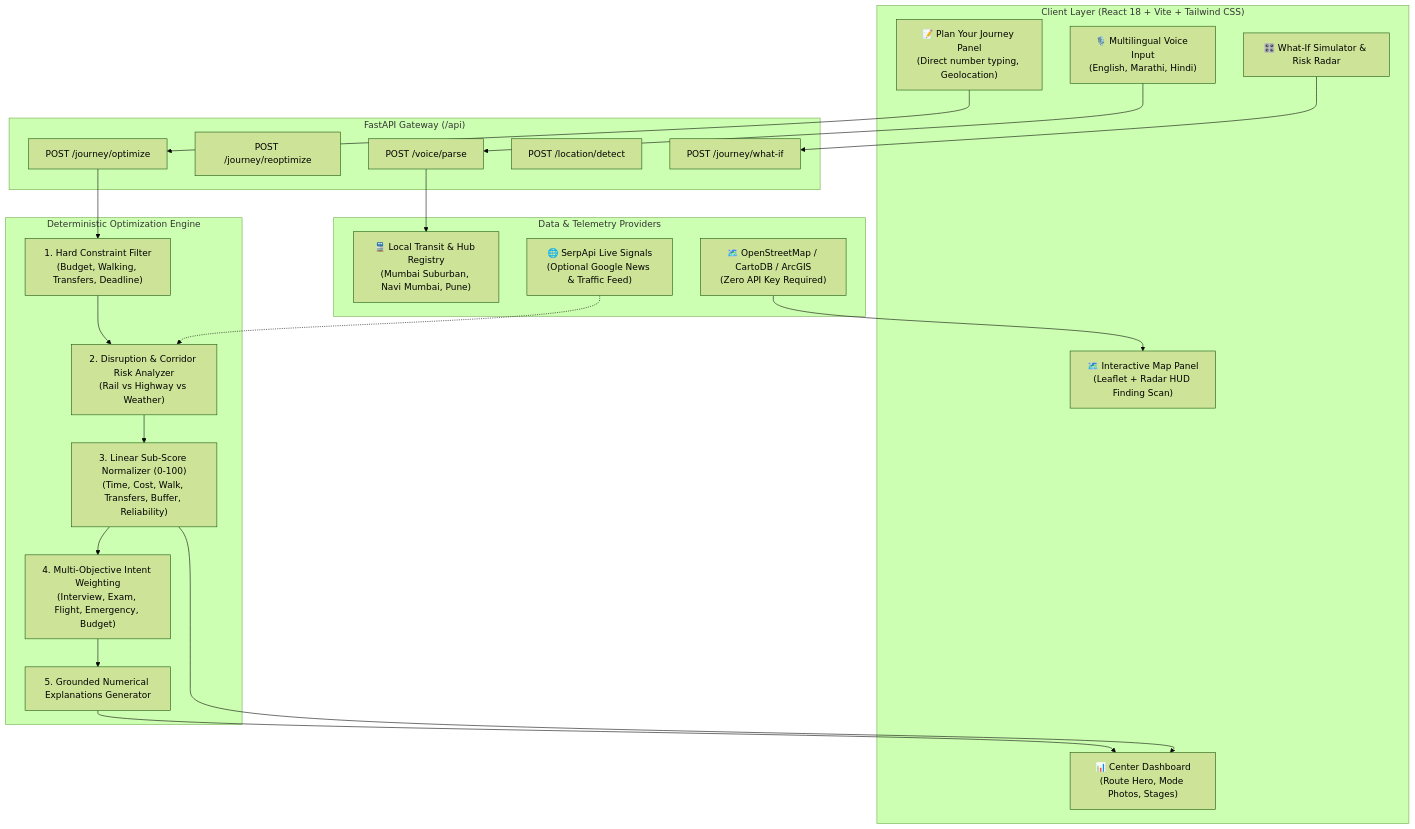
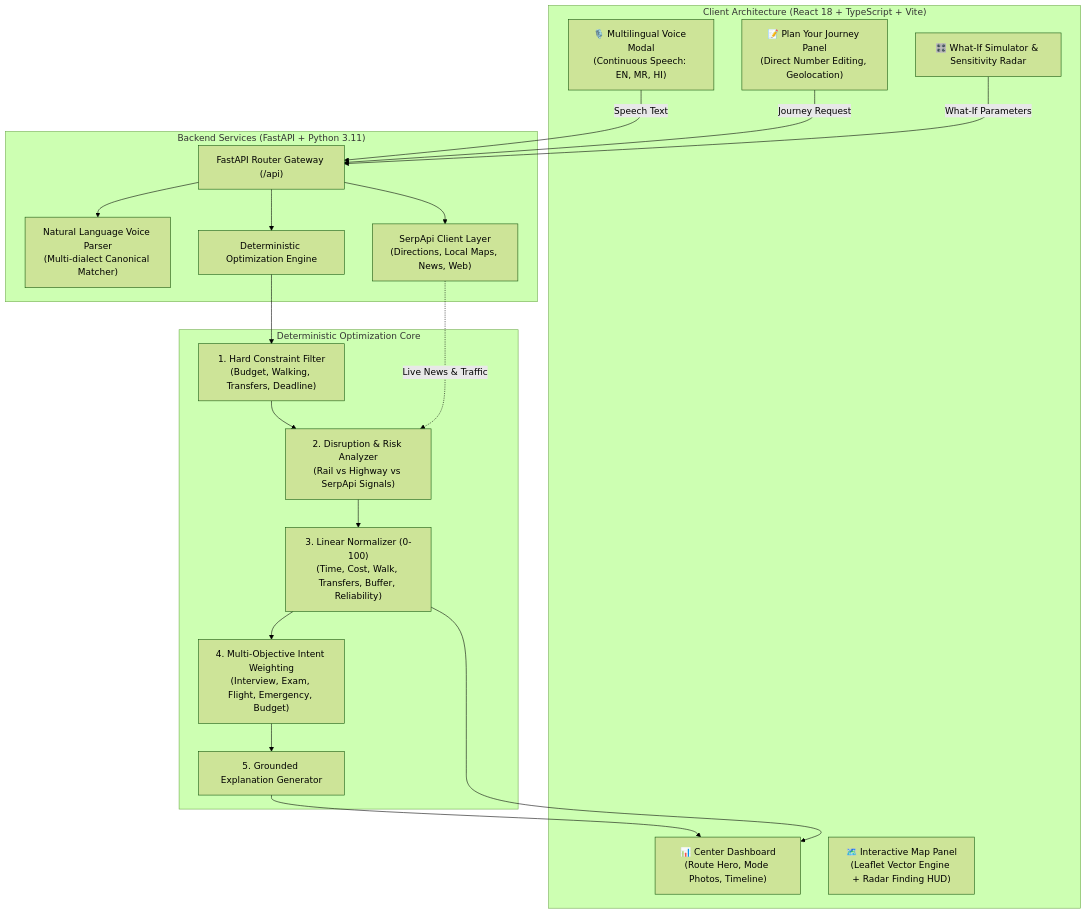
One commit to jayraj175coder/route-wise changed the second of 2 diagrams in README.md. Above: the diagram before and after it, drawn with Mermaid (forest theme). The commit also changed other lines of this file, not shown here.

Commit message:
docs: align README with SerpApi India Hackathon 2026 rules, material usage, and demo guide

````diff
--- a/README.md
+++ b/README.md
@@ -55,48 +120,38 @@
 ```mermaid
 flowchart TD
-    subgraph UI ["Client Layer (React 18 + Vite + Tailwind CSS)"]
-        UI_Voice["🎙️ Multilingual Voice Input\n(English, Marathi, Hindi)"]
-        UI_Form["📝 Plan Your Journey Panel\n(Direct number typing, Geolocation)"]
-        UI_Center["📊 Center Dashboard\n(Route Hero, Mode Photos, Stages)"]
-        UI_Map["🗺️ Interactive Map Panel\n(Leaflet + Radar HUD Finding Scan)"]
-        UI_Sim["🎛️ What-If Simulator & Risk Radar"]
+    subgraph FRONTEND ["Client Architecture (React 18 + TypeScript + Vite)"]
+        UI_Voice["🎙️ Multilingual Voice Modal\n(Continuous Speech: EN, MR, HI)"]
+        UI_Plan["📝 Plan Your Journey Panel\n(Direct Number Editing, Geolocation)"]
+        UI_Center["📊 Center Dashboard\n(Route Hero, Mode Photos, Timeline)"]
+        UI_Map["🗺️ Interactive Map Panel\n(Leaflet Vector Engine + Radar Finding HUD)"]
+        UI_Sim["🎛️ What-If Simulator & Sensitivity Radar"]
     end
 
-    subgraph API ["FastAPI Gateway (/api)"]
-        EP_Opt["POST /journey/optimize"]
-        EP_Reopt["POST /journey/reoptimize"]
-        EP_Voice["POST /voice/parse"]
-        EP_Loc["POST /location/detect"]
-        EP_Sim["POST /journey/what-if"]
+    subgraph BACKEND ["Backend Services (FastAPI + Python 3.11)"]
+        API_GW["FastAPI Router Gateway (/api)"]
+        NLP_PARSE["Natural Language Voice Parser\n(Multi-dialect Canonical Matcher)"]
+        SERP_CLIENT["SerpApi Client Layer\n(Directions, Local Maps, News, Web)"]
+        ENGINE["Deterministic Optimization Engine"]
     end
 
-    subgraph ENGINE ["Deterministic Optimization Engine"]
-        HC["1. Hard Constraint Filter\n(Budget, Walking, Transfers, Deadline)"]
-        RISK["2. Disruption & Corridor Risk Analyzer\n(Rail vs Highway vs Weather)"]
-        NORM["3. Linear Sub-Score Normalizer (0-100)\n(Time, Cost, Walk, Transfers, Buffer, Reliability)"]
-        SCORE["4. Multi-Objective Intent Weighting\n(Interview, Exam, Flight, Emergency, Budget)"]
-        EXPL["5. Grounded Numerical Explanations Generator"]
+    subgraph ENGINE_DETAILS ["Deterministic Optimization Core"]
+        HCF["1. Hard Constraint Filter\n(Budget, Walking, Transfers, Deadline)"]
+        RISK["2. Disruption & Risk Analyzer\n(Rail vs Highway vs SerpApi Signals)"]
+        NORM["3. Linear Normalizer (0-100)\n(Time, Cost, Walk, Transfers, Buffer, Reliability)"]
+        SCORER["4. Multi-Objective Intent Weighting\n(Interview, Exam, Flight, Emergency, Budget)"]
+        EXPL["5. Grounded Explanation Generator"]
     end
 
-    subgraph DATA ["Data & Telemetry Providers"]
-        MUMBAI_REG["🚆 Local Transit & Hub Registry\n(Mumbai Suburban, Navi Mumbai, Pune)"]
-        SERP["🌐 SerpApi Live Signals\n(Optional Google News & Traffic Feed)"]
-        LEAFLET["🗺️ OpenStreetMap / CartoDB / ArcGIS\n(Zero API Key Required)"]
-    end
+    UI_Voice -->|Speech Text| API_GW
+    UI_Plan -->|Journey Request| API_GW
+    UI_Sim -->|What-If Parameters| API_GW
 
-    UI_Voice --> EP_Voice
-    UI_Form --> EP_Opt
-    UI_Sim --> EP_Sim
+    API_GW --> NLP_PARSE
+    API_GW --> SERP_CLIENT
+    API_GW --> ENGINE
 
-    EP_Voice --> MUMBAI_REG
-    EP_Opt --> HC
-    HC --> RISK
-    RISK --> NORM
-    NORM --> SCORE
-    SCORE --> EXPL
-
-    SERP -.-> RISK
+    ENGINE --> HCF --> RISK --> NORM --> SCORER --> EXPL
+    SERP_CLIENT -.->|Live News & Traffic| RISK
     EXPL --> UI_Center
     NORM --> UI_Center
-    LEAFLET --> UI_Map
 ```
````
